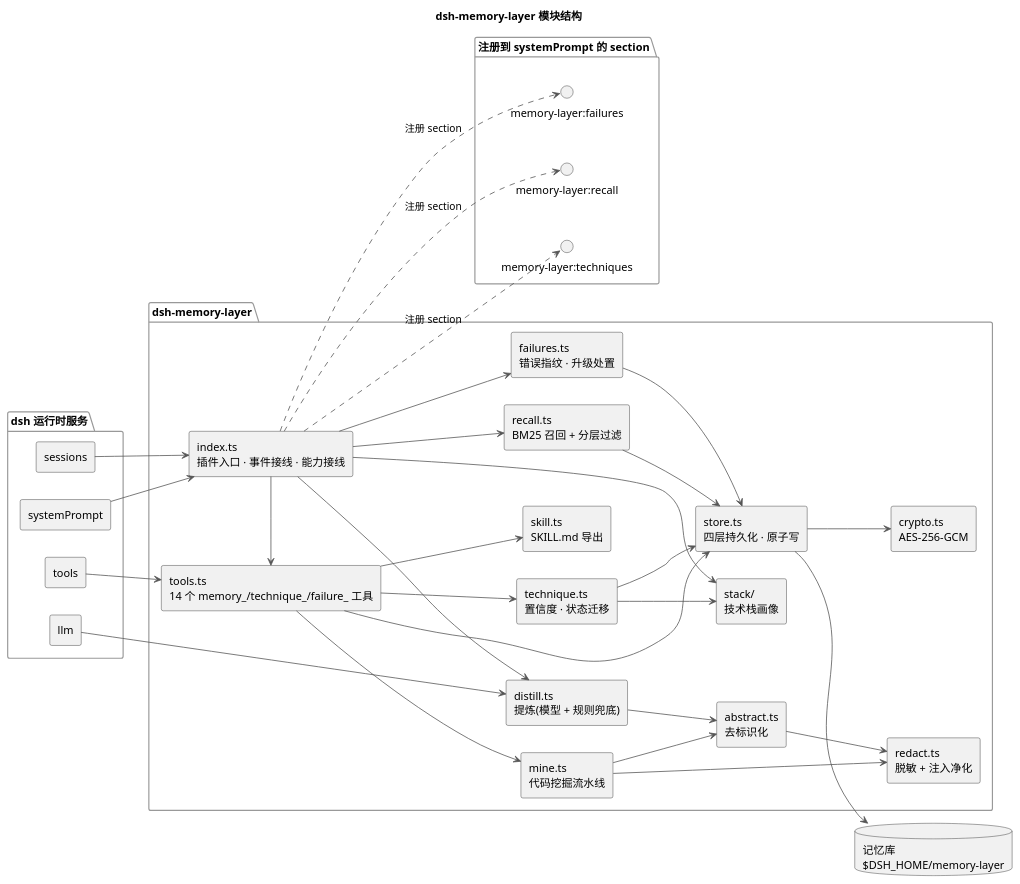
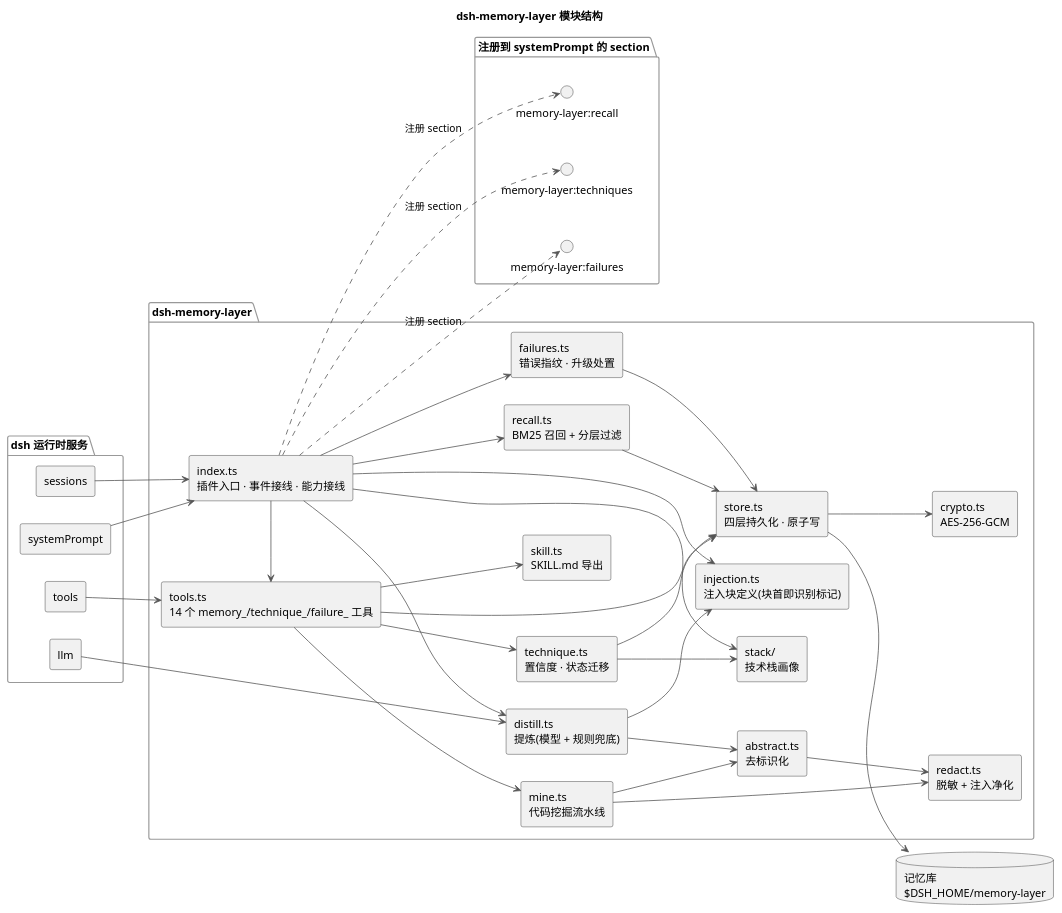
One commit to raitpor/dsh-memory-layer changed the first of 5 diagrams in docs/architecture.puml. Above: the diagram before and after it, drawn with PlantUML. The commit also changed 13 other files, not shown here.

```diff
--- a/docs/architecture.puml
+++ b/docs/architecture.puml
@@ -1,73 +1,76 @@
 @startuml dsh-memory-layer-modules
 title dsh-memory-layer 模块结构
 
 skinparam componentStyle rectangle
 skinparam shadowing false
 skinparam ArrowColor #555555
 skinparam PackageBorderColor #999999
 
 left to right direction
 
 package "dsh 运行时服务" as RT {
   component "sessions" as SESS
   component "systemPrompt" as PROMPT
   component "tools" as TOOLS
   component "llm" as LLM
 }
 
 package "dsh-memory-layer" as ML {
   component "index.ts\n插件入口 · 事件接线 · 能力接线" as IDX
   component "tools.ts\n14 个 memory_/technique_/failure_ 工具" as TOOLS_IMPL
   component "store.ts\n四层持久化 · 原子写" as STORE
   component "distill.ts\n提炼(模型 + 规则兜底)" as DIST
+  component "injection.ts\n注入块定义(块首即识别标记)" as INJ
   component "recall.ts\nBM25 召回 + 分层过滤" as REC
   component "technique.ts\n置信度 · 状态迁移" as TECH
   component "failures.ts\n错误指纹 · 升级处置" as FAIL
   component "mine.ts\n代码挖掘流水线" as MINE
   component "abstract.ts\n去标识化" as ABS
   component "redact.ts\n脱敏 + 注入净化" as RED
   component "crypto.ts\nAES-256-GCM" as CRY
   component "stack/\n技术栈画像" as STK
   component "skill.ts\nSKILL.md 导出" as SKILL
 }
 
 package "注册到 systemPrompt 的 section" as SEC {
   interface "memory-layer:recall" as IREC
   interface "memory-layer:techniques" as ITECH
   interface "memory-layer:failures" as IFAIL
 }
 
 database "记忆库\n$DSH_HOME/memory-layer" as DB
 
 SESS --> IDX
 PROMPT --> IDX
 TOOLS --> TOOLS_IMPL
 LLM --> DIST
 
 IDX -right-> TOOLS_IMPL
 IDX ..> IREC : 注册 section
 IDX ..> ITECH : 注册 section
 IDX ..> IFAIL : 注册 section
 
 TOOLS_IMPL --> STORE
 TOOLS_IMPL --> TECH
 TOOLS_IMPL --> MINE
 TOOLS_IMPL --> SKILL
 IDX --> DIST
+IDX --> INJ
+DIST --> INJ
 IDX --> REC
 IDX --> FAIL
 IDX --> STK
 
 DIST --> ABS
 ABS --> RED
 MINE --> ABS
 MINE --> RED
 TECH --> STK
 STORE --> CRY
 STORE --> DB
 
 REC -down-> STORE
 TECH -down-> STORE
 FAIL -down-> STORE
 
 @enduml
```
